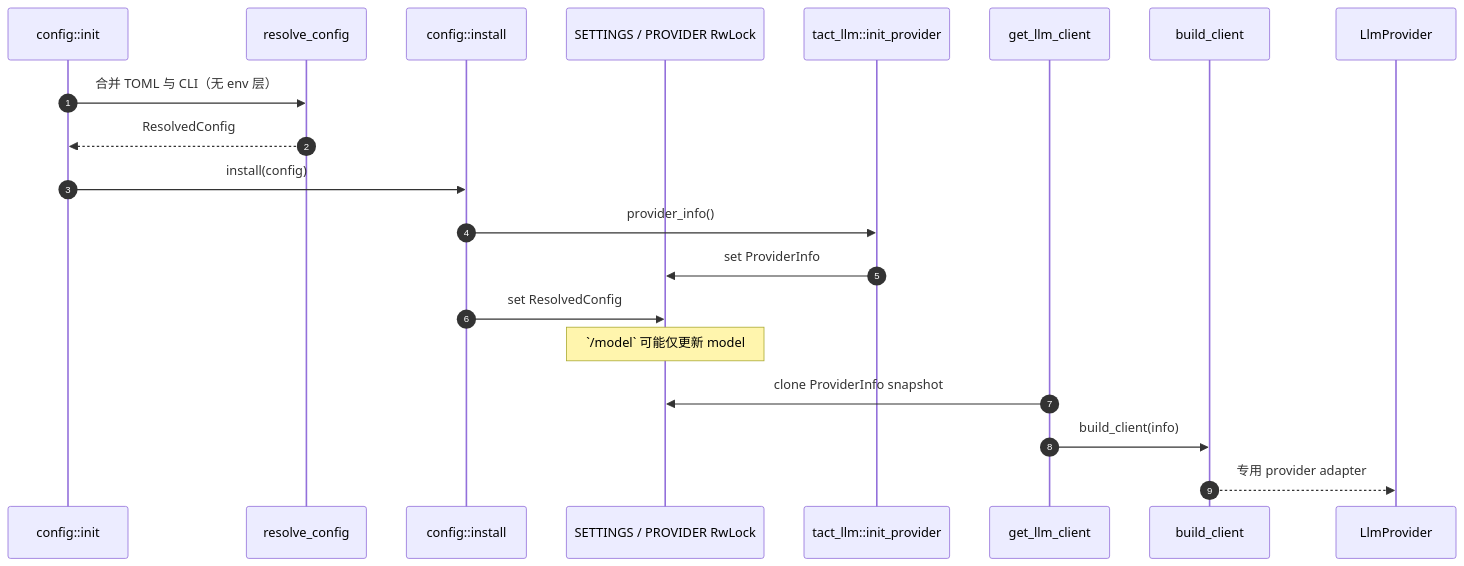
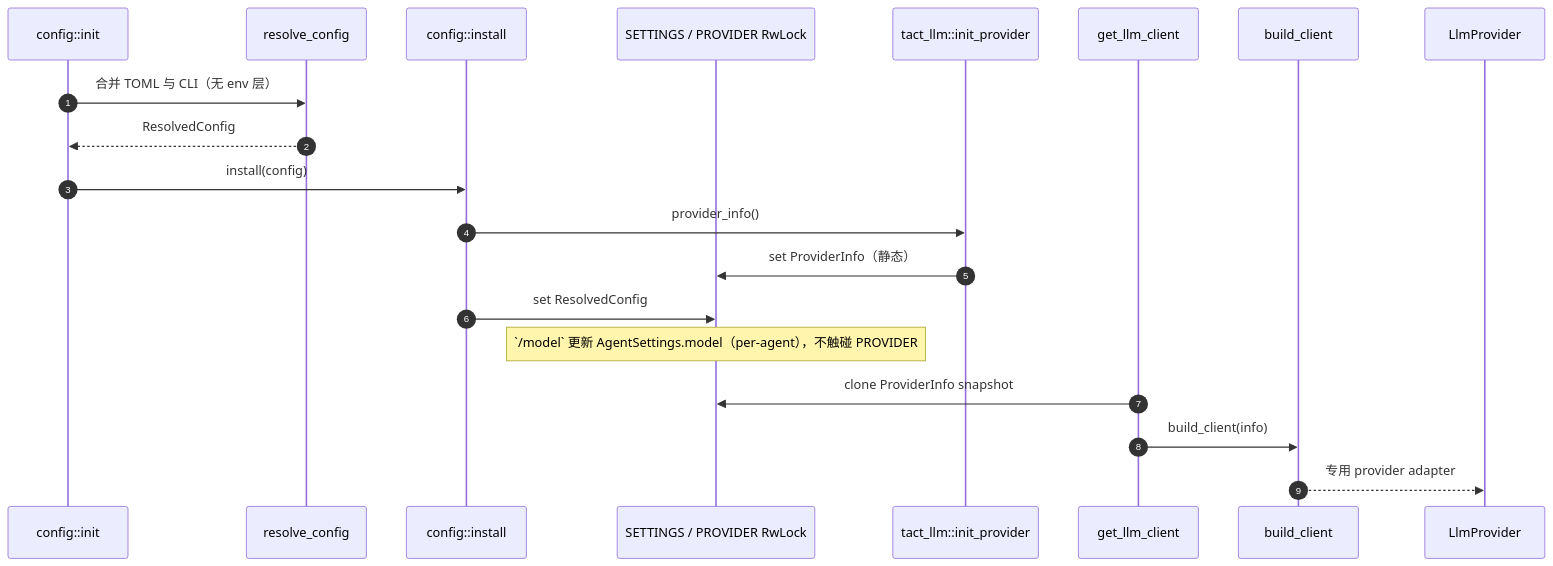
Before and after one commit to rust-infra/tact: the second of 5 diagrams in book/22_chapter_llm_zh.md, drawn with Mermaid. The commit also changed other lines of this file and 46 other files, not shown here.

````diff
--- a/book/22_chapter_llm_zh.md
+++ b/book/22_chapter_llm_zh.md
@@ -88,23 +88,23 @@
 ```mermaid
 sequenceDiagram
     autonumber
     participant Init as config::init
     participant Resolve as resolve_config
     participant Install as config::install
     participant State as SETTINGS / PROVIDER RwLock
     participant LlmInit as tact_llm::init_provider
     participant Get as get_llm_client
     participant Build as build_client
     participant Provider as LlmProvider
 
     Init->>Resolve: 合并 TOML 与 CLI（无 env 层）
     Resolve-->>Init: ResolvedConfig
     Init->>Install: install(config)
     Install->>LlmInit: provider_info()
-    LlmInit->>State: set ProviderInfo
+    LlmInit->>State: set ProviderInfo（静态）
     Install->>State: set ResolvedConfig
-    Note over State: `/model` 可能仅更新 model
+    Note over State: `/model` 更新 AgentSettings.model（per-agent），不触碰 PROVIDER
     Get->>State: clone ProviderInfo snapshot
     Get->>Build: build_client(info)
     Build-->>Provider: 专用 provider adapter
 ```
````
